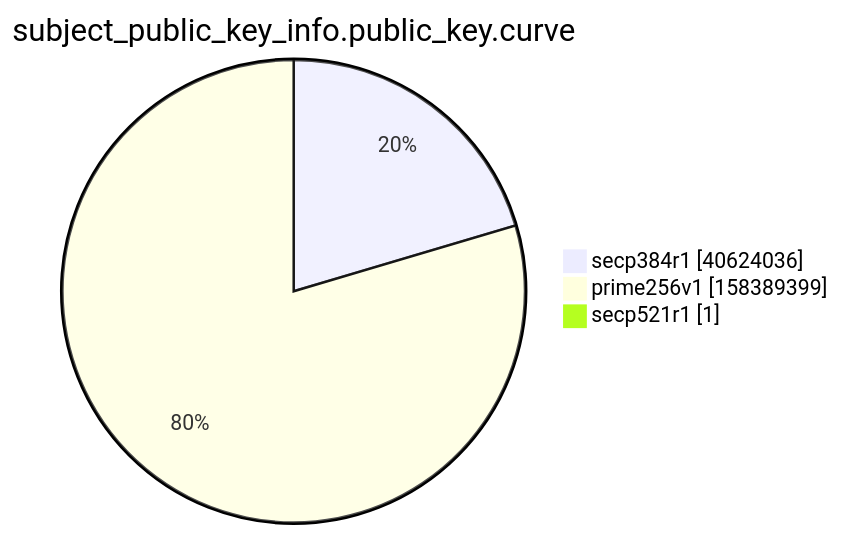
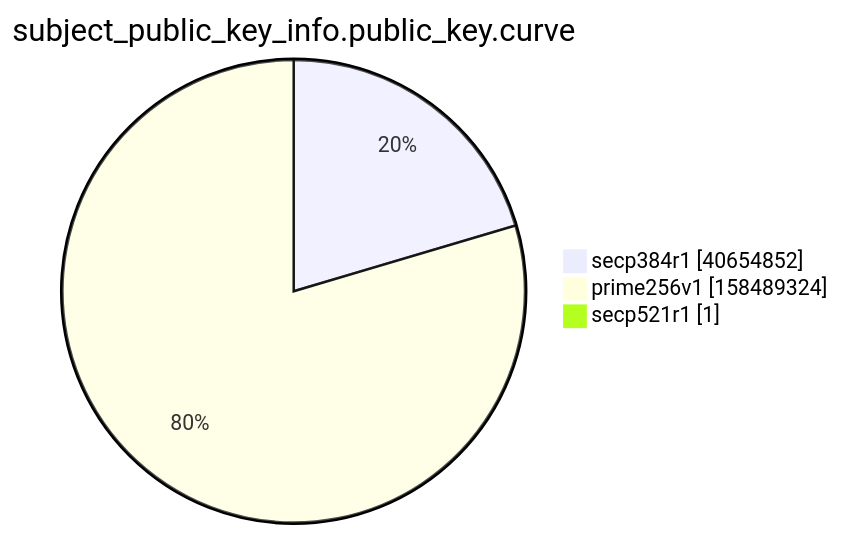
Before and after one commit to christiankrug/ctmonitor_visualization: the ninth of 15 diagrams in xenon2022/README.md, drawn with Mermaid. The commit also changed other lines of this file, not shown here.

````diff
--- a/xenon2022/README.md
+++ b/xenon2022/README.md
@@ -2867,7 +2867,7 @@
 ```mermaid
 pie showData
 title subject_public_key_info.public_key.curve
-"secp384r1" :40624036
-"prime256v1" :158389399
+"secp384r1" :40654852
+"prime256v1" :158489324
 "secp521r1" :1
 ```
````
